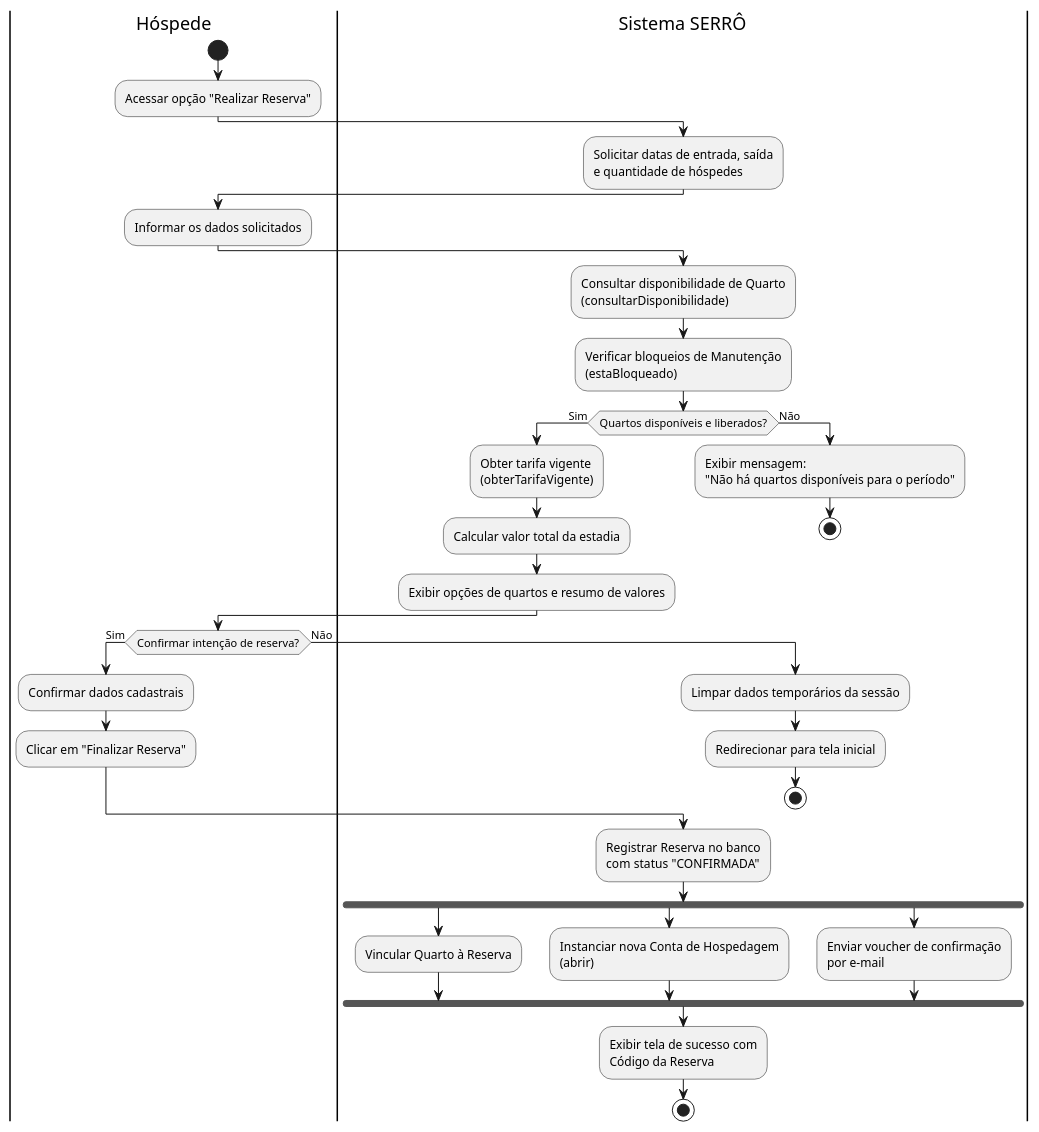
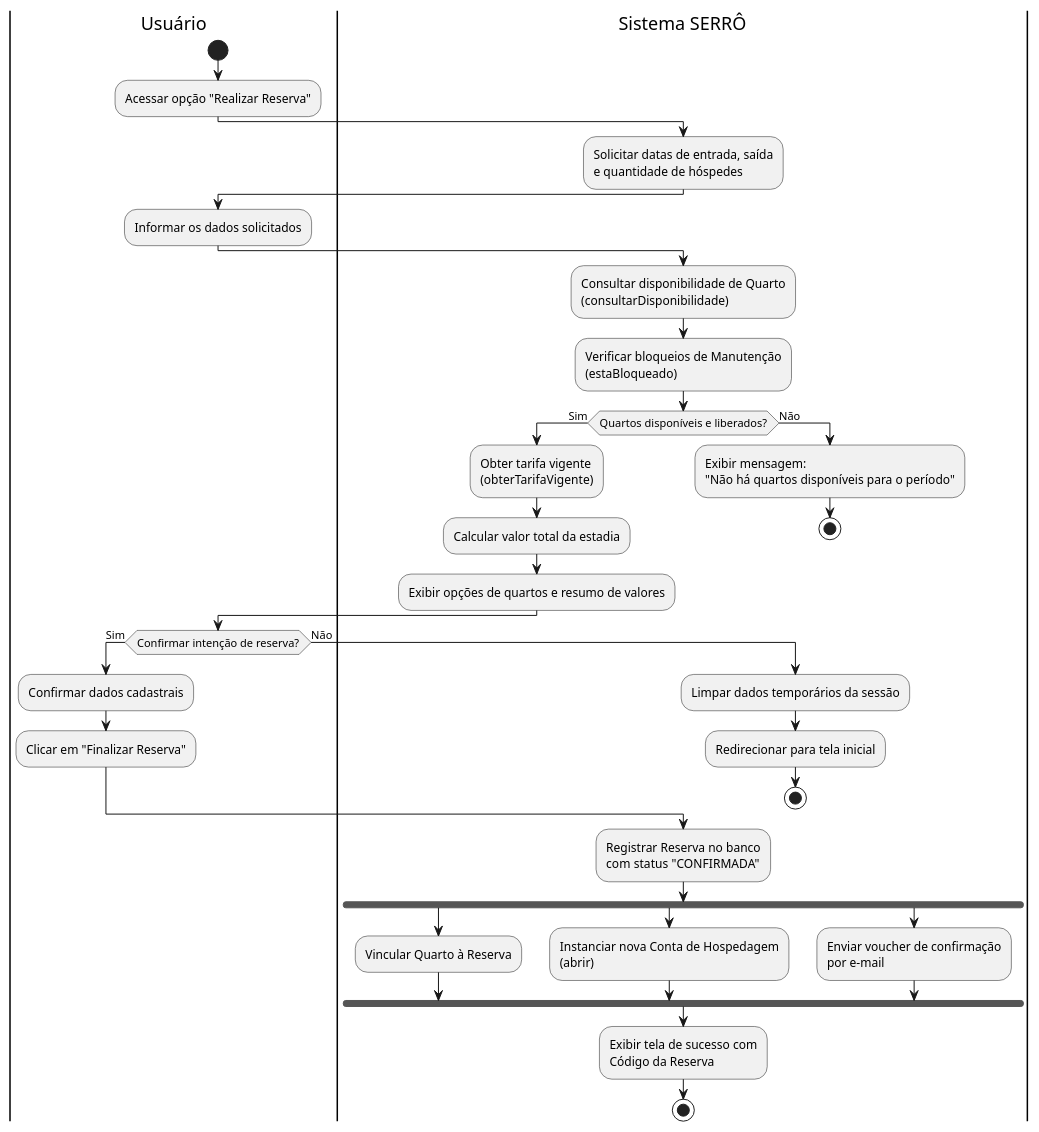
The diagram in docs/diagramas/atividade/RealizarReserva.iuml (gusjjpv/serro-hotelaria), drawn with PlantUML before and after one commit.

Commit message:
docs: fix diagramaa atv

```diff
--- a/docs/diagramas/atividade/RealizarReserva.iuml
+++ b/docs/diagramas/atividade/RealizarReserva.iuml
@@ -1,54 +1,51 @@
 @startuml
 
-|Hóspede|
-|Sistema SERRÔ|
-
-|Hóspede|
+|Usuário|
 start
 :Acessar opção "Realizar Reserva";
 
 |Sistema SERRÔ|
 :Solicitar datas de entrada, saída\ne quantidade de hóspedes;
 
-|Hóspede|
+|Usuário|
 :Informar os dados solicitados;
 
 |Sistema SERRÔ|
 :Consultar disponibilidade de Quarto\n(consultarDisponibilidade);
 :Verificar bloqueios de Manutenção\n(estaBloqueado);
 
 if (Quartos disponíveis e liberados?) then (Sim)
     :Obter tarifa vigente\n(obterTarifaVigente);
     :Calcular valor total da estadia;
     :Exibir opções de quartos e resumo de valores;
 else (Não)
     :Exibir mensagem:\n"Não há quartos disponíveis para o período";
     stop
 endif
 
-|Hóspede|
+|Usuário|
 if (Confirmar intenção de reserva?) then (Sim)
     :Confirmar dados cadastrais;
     :Clicar em "Finalizar Reserva";
 else (Não)
     |Sistema SERRÔ|
     :Limpar dados temporários da sessão;
     :Redirecionar para tela inicial;
     stop
 endif
 
 |Sistema SERRÔ|
 :Registrar Reserva no banco\ncom status "CONFIRMADA";
 
 fork
     :Vincular Quarto à Reserva;
 fork again
     :Instanciar nova Conta de Hospedagem\n(abrir);
 fork again
     :Enviar voucher de confirmação\npor e-mail;
 end fork
 
 :Exibir tela de sucesso com\nCódigo da Reserva;
 
 stop
 @enduml
```
